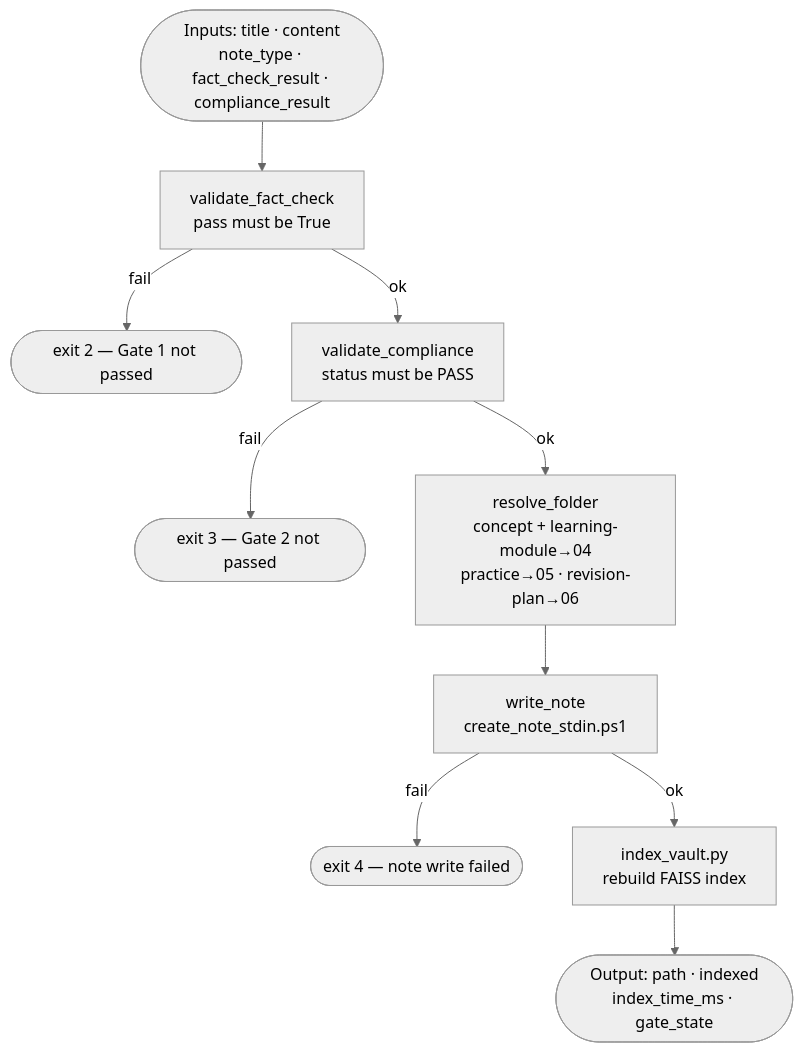
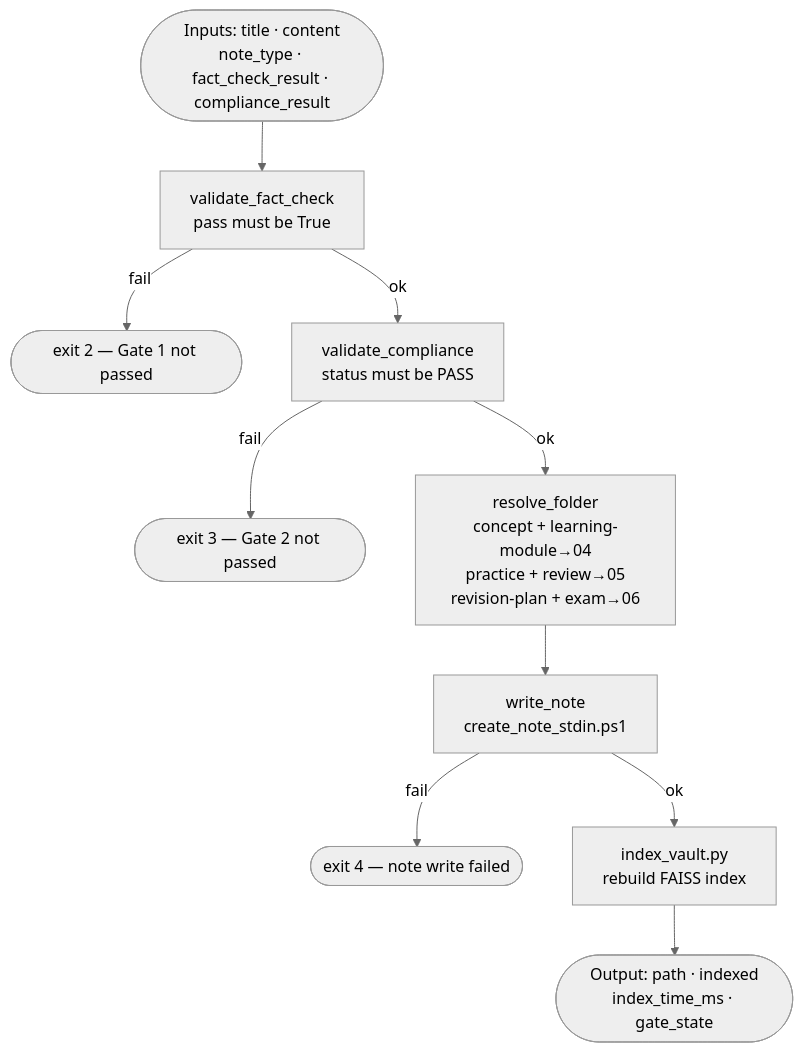
The fifth of 12 diagrams in 00 - System/Agent Architecture (C4+1).md (rabindranath-mishra/Study_Agent), drawn with Mermaid (neutral theme) before and after one commit. The commit also changed other lines of this file, not shown here.

First line of the commit message:
docs(architecture): sync C4+1 doc with current tool behaviour

````diff
--- a/00 - System/Agent Architecture (C4+1).md
+++ b/00 - System/Agent Architecture (C4+1).md
@@ -253,14 +255,14 @@
 ```mermaid
 flowchart TD
     IN(["Inputs: title · content<br/>note_type · fact_check_result · compliance_result"])
 
     IN --> VFC["validate_fact_check<br/>pass must be True"]
     VFC -- "fail" --> E2(["exit 2 — Gate 1 not passed"])
     VFC -- "ok" --> VCC["validate_compliance<br/>status must be PASS"]
     VCC -- "fail" --> E3(["exit 3 — Gate 2 not passed"])
-    VCC -- "ok" --> RF["resolve_folder<br/>concept + learning-module→04<br/>practice→05 · revision-plan→06"]
+    VCC -- "ok" --> RF["resolve_folder<br/>concept + learning-module→04<br/>practice + review→05<br/>revision-plan + exam→06"]
     RF --> WN["write_note<br/>create_note_stdin.ps1"]
     WN -- "fail" --> E4(["exit 4 — note write failed"])
     WN -- "ok" --> IDX["index_vault.py<br/>rebuild FAISS index"]
     IDX --> OUT(["Output: path · indexed<br/>index_time_ms · gate_state"])
 ```
````
